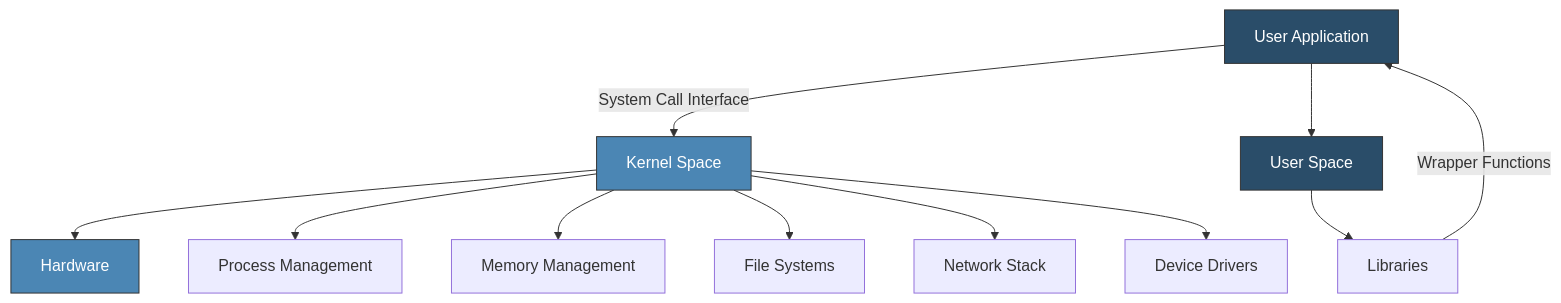
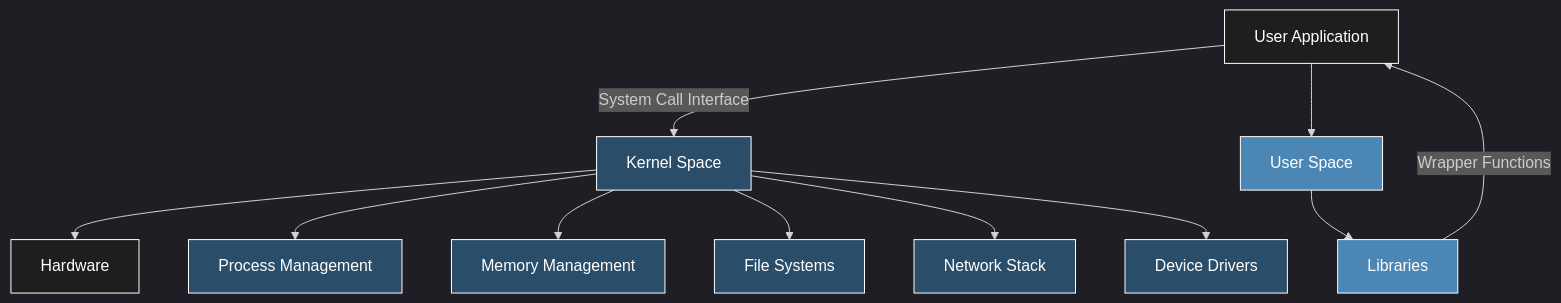
The eighth of 9 diagrams in README.md (Ananya-Addisu/Endless-OS), drawn with Mermaid before and after one commit. The commit also changed other lines of this file, not shown here.

````diff
--- a/README.md
+++ b/README.md
@@ -505,20 +552,27 @@
 ```mermaid
+%%{init: {'theme': 'dark'}}%%
 graph TD
     A[User Application] -->|System Call Interface| B[Kernel Space]
     A --> C[User Space]
     B --> D[Hardware]
     
     C --> E[Libraries]
     E -->|Wrapper Functions| A
     
     B --> F[Process Management]
     B --> G[Memory Management]
     B --> H[File Systems]
     B --> I[Network Stack]
     B --> J[Device Drivers]
     
-    style A fill:#2A4D69,stroke:#333,stroke-width:1px,color:#ffffff
-    style B fill:#4B86B4,stroke:#333,stroke-width:1px,color:#ffffff
-    style C fill:#2A4D69,stroke:#333,stroke-width:1px,color:#ffffff
-    style D fill:#4B86B4,stroke:#333,stroke-width:1px,color:#ffffff
+    style A fill:#1E1E1E,stroke:#FFF,stroke-width:1px,color:#FFF
+    style B fill:#2A4D69,stroke:#FFF,stroke-width:1px,color:#FFF
+    style C fill:#4B86B4,stroke:#FFF,stroke-width:1px,color:#FFF
+    style D fill:#1E1E1E,stroke:#FFF,stroke-width:1px,color:#FFF
+    style E fill:#4B86B4,stroke:#FFF,stroke-width:1px,color:#FFF
+    style F fill:#2A4D69,stroke:#FFF,stroke-width:1px,color:#FFF
+    style G fill:#2A4D69,stroke:#FFF,stroke-width:1px,color:#FFF
+    style H fill:#2A4D69,stroke:#FFF,stroke-width:1px,color:#FFF
+    style I fill:#2A4D69,stroke:#FFF,stroke-width:1px,color:#FFF
+    style J fill:#2A4D69,stroke:#FFF,stroke-width:1px,color:#FFF
 ```
````
